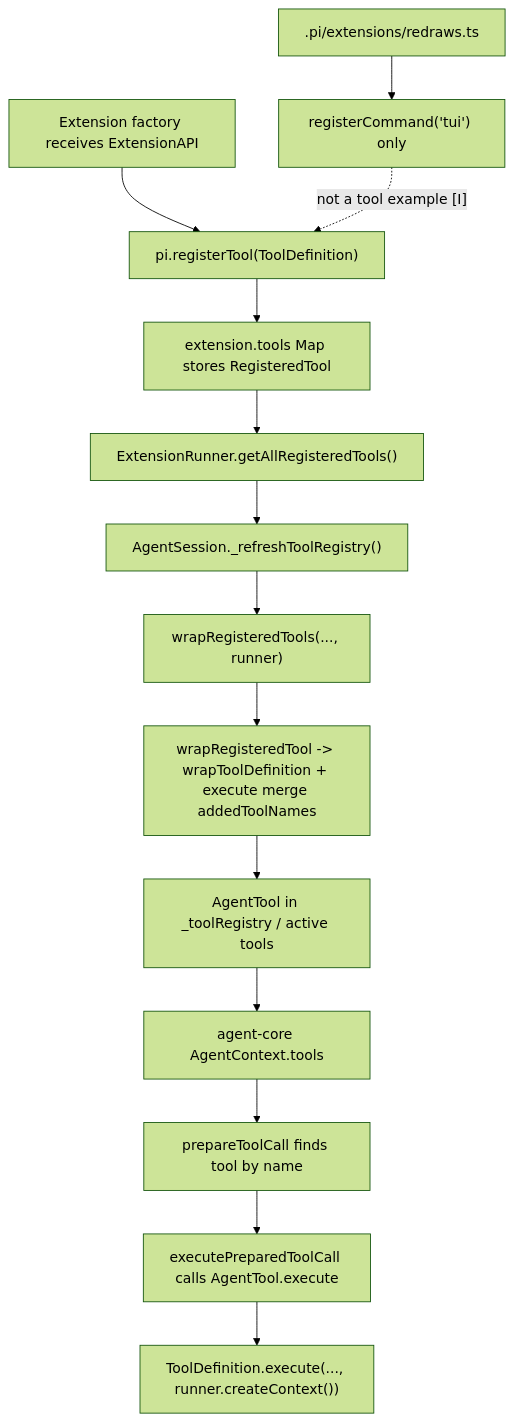
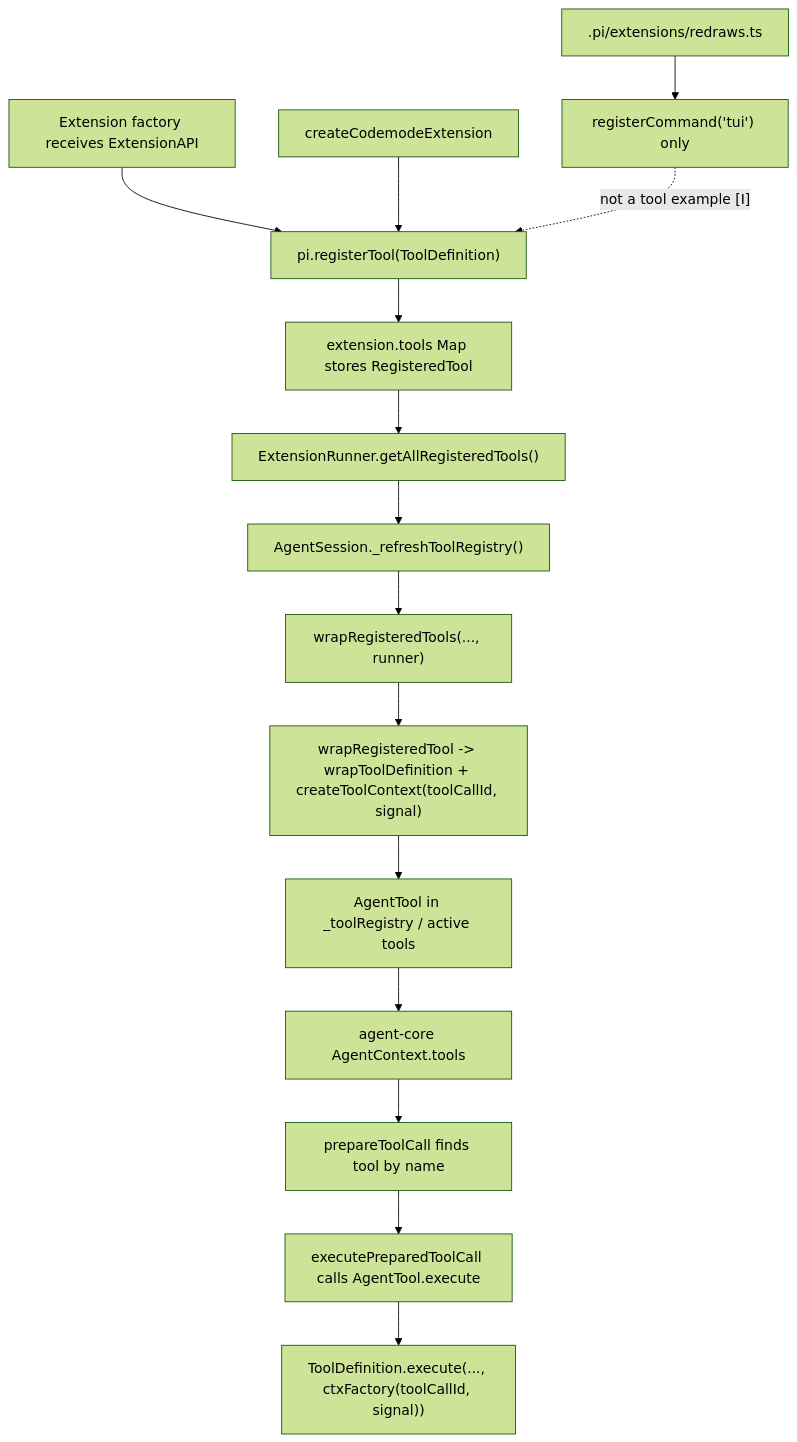
One commit to wdnmdtonyma/SOTA-Agent-LLM-Wiki changed the diagram in docs/llm-wiki/pi/spine/trace-extension-tool.md. Above: the diagram before and after it, drawn with Mermaid (forest theme). The commit also changed other lines of this file and 246 other files, not shown here.

````diff
--- a/docs/llm-wiki/pi/spine/trace-extension-tool.md
+++ b/docs/llm-wiki/pi/spine/trace-extension-tool.md
@@ -35,17 +46,18 @@
 ```mermaid
 flowchart TD
  A["Extension factory receives ExtensionAPI"] --> B["pi.registerTool(ToolDefinition)"]
  B --> C["extension.tools Map stores RegisteredTool"]
  C --> D["ExtensionRunner.getAllRegisteredTools()"]
  D --> E["AgentSession._refreshToolRegistry()"]
  E --> F["wrapRegisteredTools(..., runner)"]
- F --> G["wrapRegisteredTool -> wrapToolDefinition + execute merge addedToolNames"]
+ F --> G["wrapRegisteredTool -> wrapToolDefinition + createToolContext(toolCallId, signal)"]
  G --> H["AgentTool in _toolRegistry / active tools"]
  H --> I["agent-core AgentContext.tools"]
  I --> J["prepareToolCall finds tool by name"]
  J --> K["executePreparedToolCall calls AgentTool.execute"]
- K --> L["ToolDefinition.execute(..., runner.createContext())"]
+ K --> L["ToolDefinition.execute(..., ctxFactory(toolCallId, signal))"]
 
+ CM["createCodemodeExtension"] --> B
  R[".pi/extensions/redraws.ts"] --> S["registerCommand('tui') only"]
  S -. "not a tool example [I]" .-> B
 ```
````
